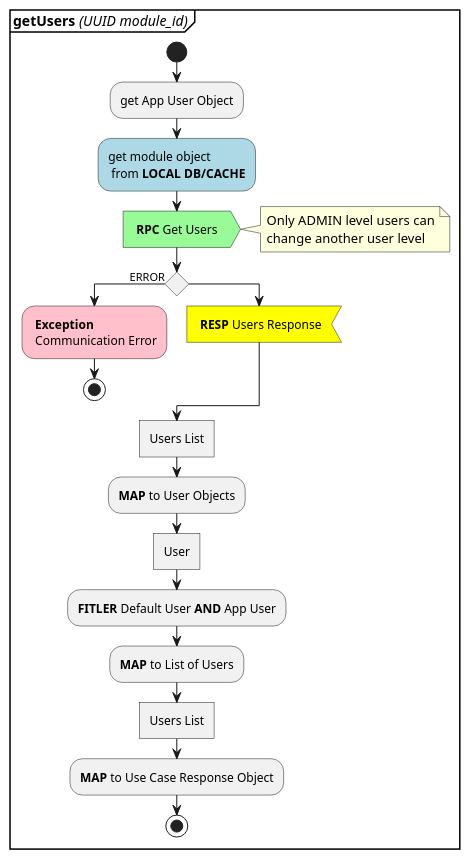
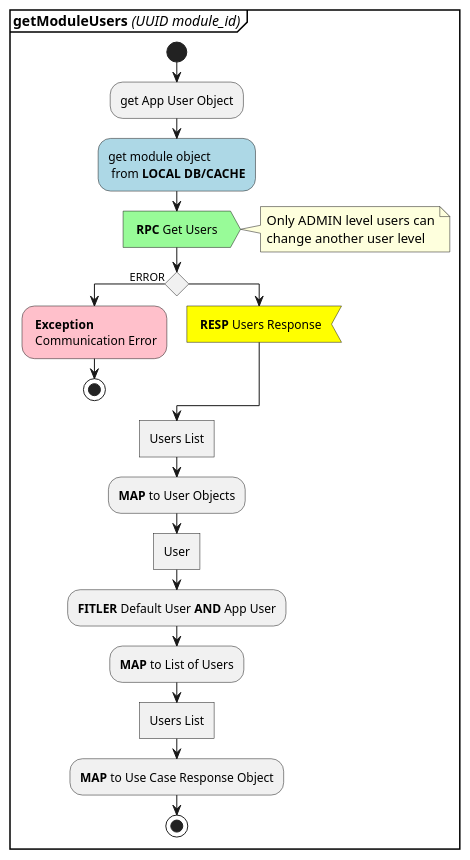
The diagram in activity_diagrams/AD_users_getUsers.plantuml (estebandres/PI_UML_diagrams), drawn with PlantUML before and after one commit. The commit also changed 9 other files, not shown here.

Commit message:
finished all activity diagrams

```diff
--- a/activity_diagrams/AD_users_getUsers.plantuml
+++ b/activity_diagrams/AD_users_getUsers.plantuml
@@ -1,26 +1,26 @@
 @startuml AD_getUsers
-partition  <b>getUsers</b> <i>(UUID module_id)</i> {
+partition  <b>getModuleUsers</b> <i>(UUID module_id)</i> {
     start
     :get App User Object;
     #lightblue:get module object \n from <b>LOCAL DB/CACHE</b>;
     #palegreen: <b>RPC</b> Get Users >
     note right
     Only ADMIN level users can
     change another user level
     end note
     if() then (ERROR)
         #pink : <b>Exception</b> \n Communication Error;
         stop
     else
         #yellow: <b>RESP</b> Users Response<
     endif
     :Users List]
     :<b>MAP</b> to User Objects;
     :User]
     :<b>FITLER</b> Default User <b>AND</b> App User;
     :<b>MAP</b> to List of Users;
     :Users List]
     :<b>MAP</b> to Use Case Response Object;
     stop
 }
 @enduml
```
